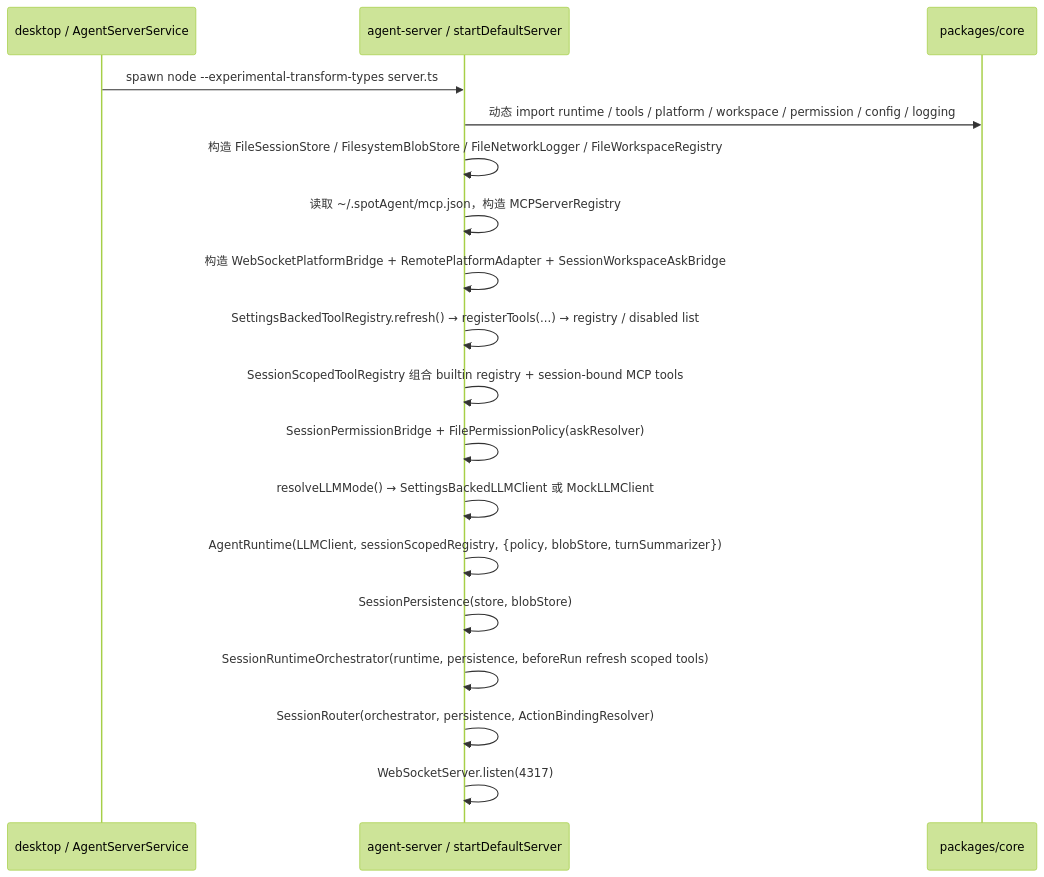
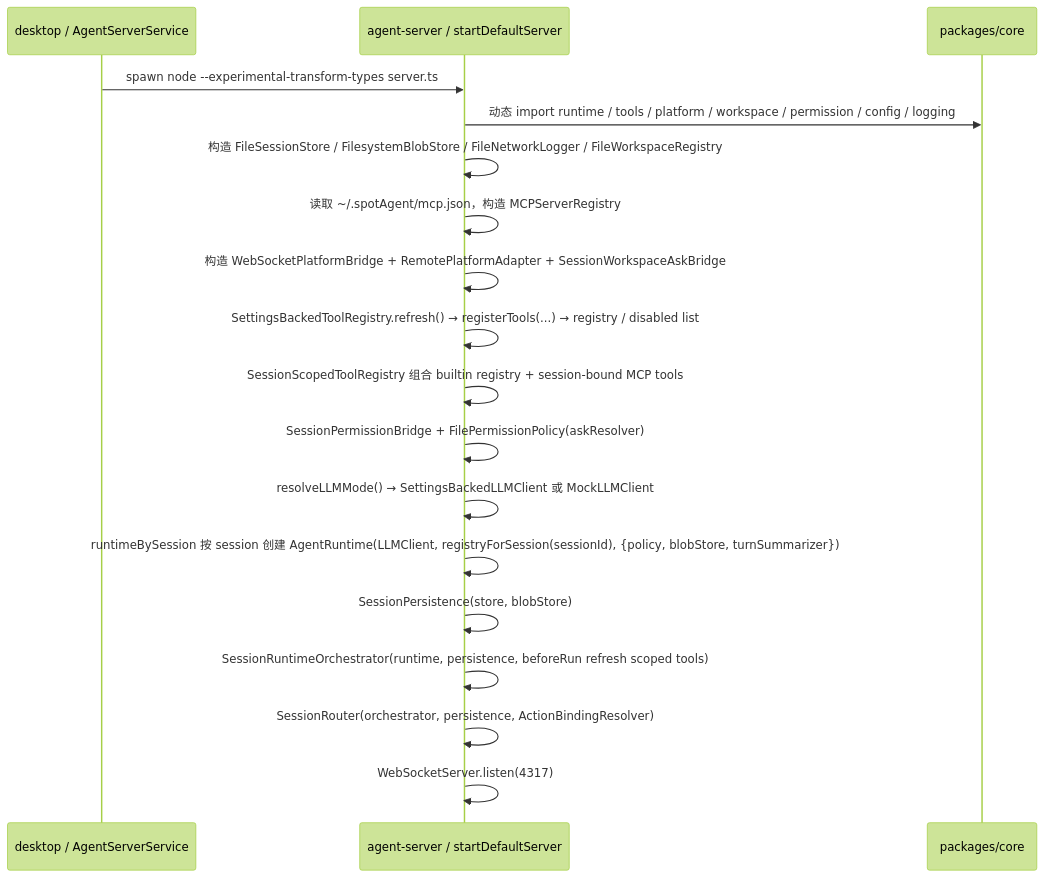
The diagram in apps/agent-server/agent-server.md (Lixuhang987/SpotAgent), drawn with Mermaid (forest theme) before and after one commit. The commit also changed other lines of this file and 7 other files, not shown here.

Commit message:
fix(agent-server): isolate runtime per session

````diff
--- a/apps/agent-server/agent-server.md
+++ b/apps/agent-server/agent-server.md
@@ -32,21 +32,21 @@
 ```mermaid
 sequenceDiagram
   participant Desktop as desktop / AgentServerService
   participant Server as agent-server / startDefaultServer
   participant Core as packages/core
 
   Desktop->>Server: spawn node --experimental-transform-types server.ts
   Server->>Core: 动态 import runtime / tools / platform / workspace / permission / config / logging
   Server->>Server: 构造 FileSessionStore / FilesystemBlobStore / FileNetworkLogger / FileWorkspaceRegistry
   Server->>Server: 读取 ~/.spotAgent/mcp.json，构造 MCPServerRegistry
   Server->>Server: 构造 WebSocketPlatformBridge + RemotePlatformAdapter + SessionWorkspaceAskBridge
   Server->>Server: SettingsBackedToolRegistry.refresh() → registerTools(...) → registry / disabled list
   Server->>Server: SessionScopedToolRegistry 组合 builtin registry + session-bound MCP tools
   Server->>Server: SessionPermissionBridge + FilePermissionPolicy(askResolver)
   Server->>Server: resolveLLMMode() → SettingsBackedLLMClient 或 MockLLMClient
-  Server->>Server: AgentRuntime(LLMClient, sessionScopedRegistry, {policy, blobStore, turnSummarizer})
+  Server->>Server: runtimeBySession 按 session 创建 AgentRuntime(LLMClient, registryForSession(sessionId), {policy, blobStore, turnSummarizer})
   Server->>Server: SessionPersistence(store, blobStore)
   Server->>Server: SessionRuntimeOrchestrator(runtime, persistence, beforeRun refresh scoped tools)
   Server->>Server: SessionRouter(orchestrator, persistence, ActionBindingResolver)
   Server->>Server: WebSocketServer.listen(4317)
 ```
````
